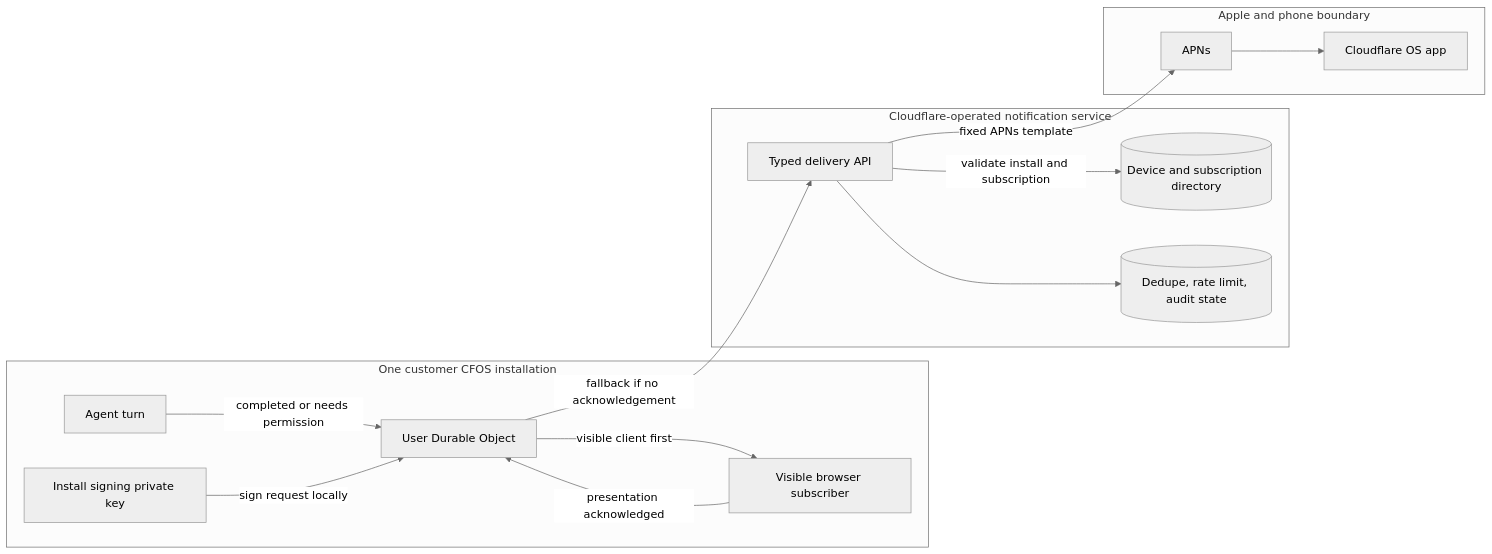
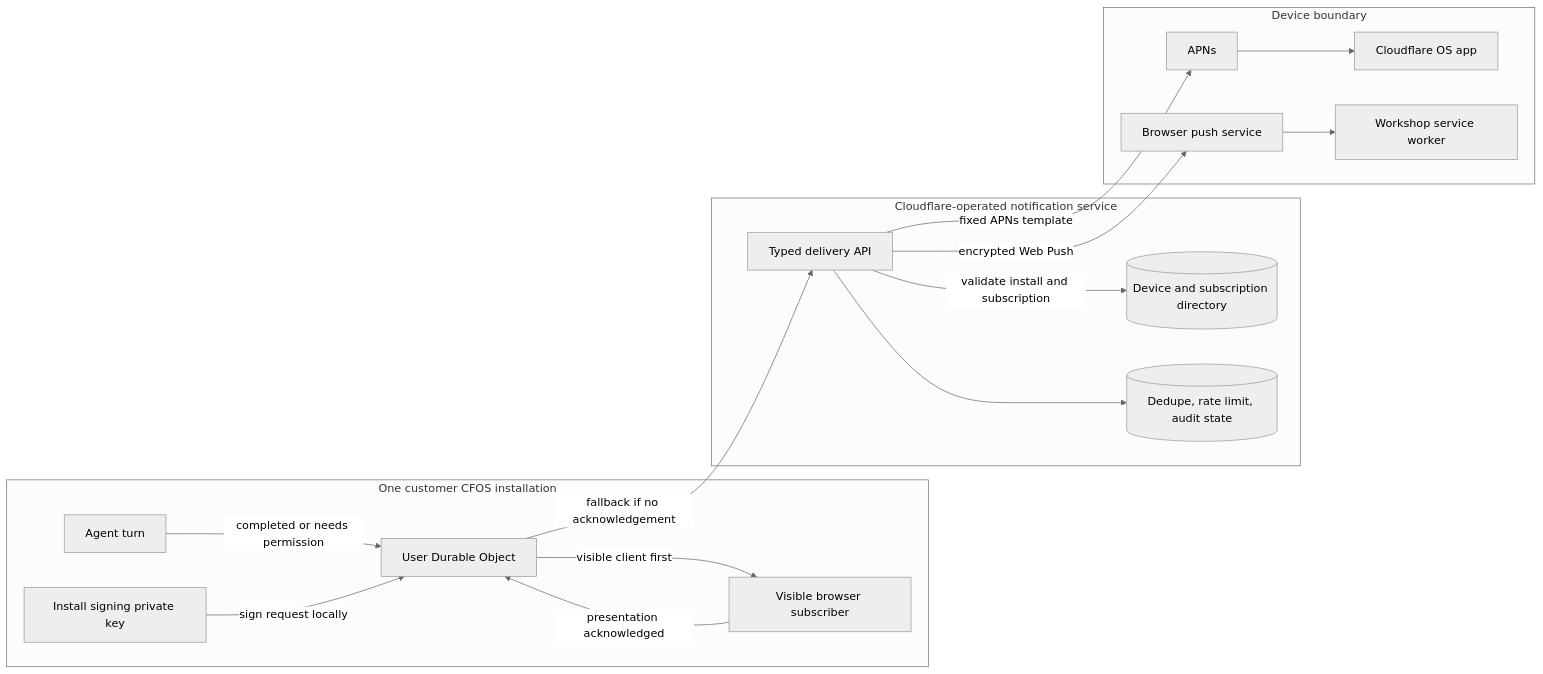
The second of 2 diagrams in docs/notifications.md (AGOS-Labs/cloudflare-os), drawn with Mermaid (neutral theme) before and after one commit. The commit also changed other lines of this file and 18 other files, not shown here.

````diff
--- a/docs/notifications.md
+++ b/docs/notifications.md
@@ -65,30 +89,34 @@
 ```mermaid
 flowchart LR
   subgraph Install[One customer CFOS installation]
     Agent[Agent turn]
     User[User Durable Object]
     Browser[Visible browser subscriber]
     Key[Install signing private key]
   end
 
   subgraph Central[Cloudflare-operated notification service]
     Delivery[Typed delivery API]
     Registry[(Device and subscription directory)]
     Audit[(Dedupe, rate limit, audit state)]
   end
 
-  subgraph Apple[Apple and phone boundary]
+  subgraph Devices[Device boundary]
     APNS[APNs]
     App[Cloudflare OS app]
+    WebPush[Browser push service]
+    Worker[Workshop service worker]
   end
 
   Agent -->|completed or needs permission| User
   User -->|visible client first| Browser
   Browser -->|presentation acknowledged| User
   User -->|fallback if no acknowledgement| Delivery
   Key -->|sign request locally| User
   Delivery -->|validate install and subscription| Registry
   Delivery --> Audit
   Delivery -->|fixed APNs template| APNS
   APNS --> App
+  Delivery -->|encrypted Web Push| WebPush
+  WebPush --> Worker
 ```
````
